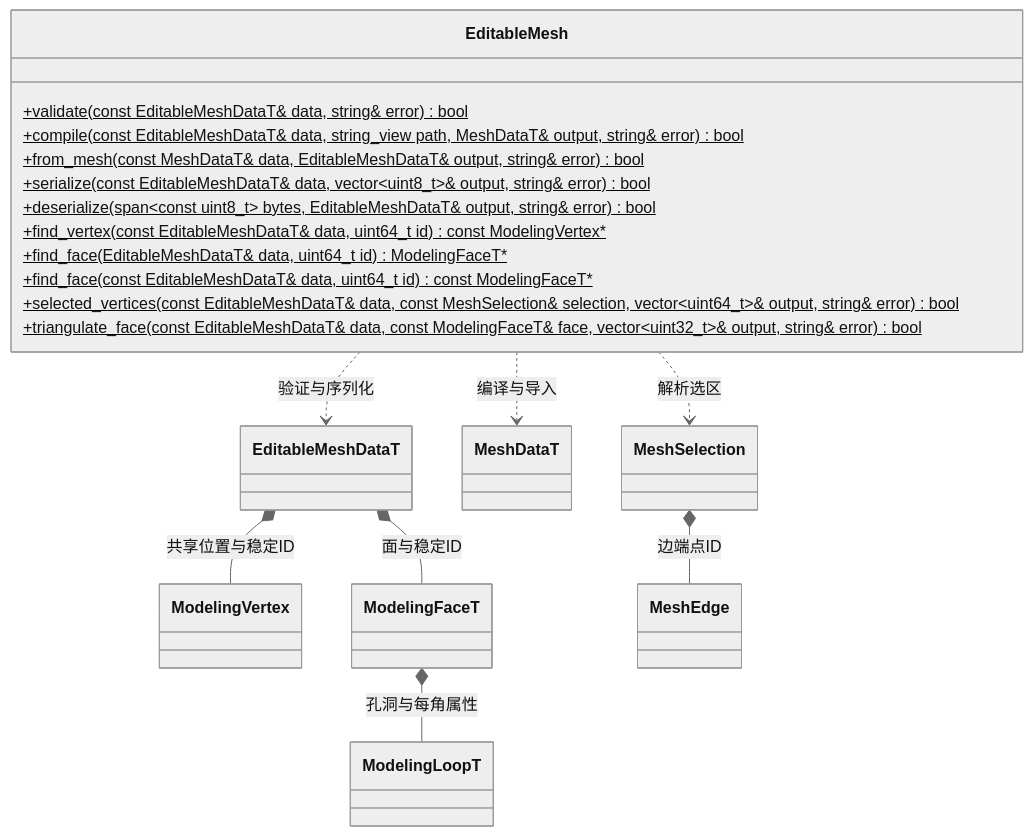
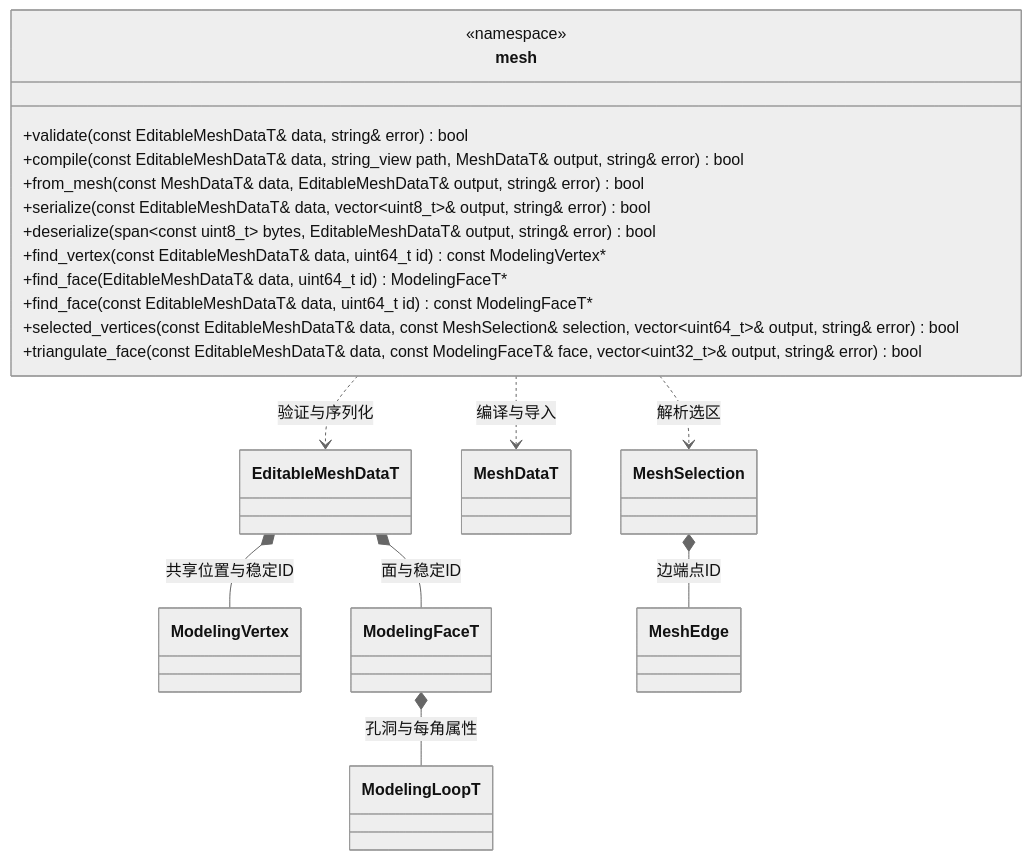
One commit to lcals/Engine changed the diagram in docs/plugins/editor/class-diagrams/editable-mesh.md. Above: the diagram before and after it, drawn with Mermaid (neutral theme). The commit also changed other lines of this file and 133 other files, not shown here.

Commit message:
Simplify engine implementations under reviewed class diagrams

````diff
--- a/docs/plugins/editor/class-diagrams/editable-mesh.md
+++ b/docs/plugins/editor/class-diagrams/editable-mesh.md
@@ -7,29 +9,30 @@
 ```mermaid
 classDiagram
-    class EditableMesh {
-        +validate(const EditableMeshDataT& data, string& error) bool$
-        +compile(const EditableMeshDataT& data, string_view path, MeshDataT& output, string& error) bool$
-        +from_mesh(const MeshDataT& data, EditableMeshDataT& output, string& error) bool$
-        +serialize(const EditableMeshDataT& data, vector~uint8_t~& output, string& error) bool$
-        +deserialize(span~const uint8_t~ bytes, EditableMeshDataT& output, string& error) bool$
-        +find_vertex(const EditableMeshDataT& data, uint64_t id) const ModelingVertex*$
-        +find_face(EditableMeshDataT& data, uint64_t id) ModelingFaceT*$
-        +find_face(const EditableMeshDataT& data, uint64_t id) const ModelingFaceT*$
-        +selected_vertices(const EditableMeshDataT& data, const MeshSelection& selection, vector~uint64_t~& output, string& error) bool$
-        +triangulate_face(const EditableMeshDataT& data, const ModelingFaceT& face, vector~uint32_t~& output, string& error) bool$
+    class mesh {
+        <<namespace>>
+        +validate(const EditableMeshDataT& data, string& error) bool
+        +compile(const EditableMeshDataT& data, string_view path, MeshDataT& output, string& error) bool
+        +from_mesh(const MeshDataT& data, EditableMeshDataT& output, string& error) bool
+        +serialize(const EditableMeshDataT& data, vector~uint8_t~& output, string& error) bool
+        +deserialize(span~const uint8_t~ bytes, EditableMeshDataT& output, string& error) bool
+        +find_vertex(const EditableMeshDataT& data, uint64_t id) const ModelingVertex#42;
+        +find_face(EditableMeshDataT& data, uint64_t id) ModelingFaceT#42;
+        +find_face(const EditableMeshDataT& data, uint64_t id) const ModelingFaceT#42;
+        +selected_vertices(const EditableMeshDataT& data, const MeshSelection& selection, vector~uint64_t~& output, string& error) bool
+        +triangulate_face(const EditableMeshDataT& data, const ModelingFaceT& face, vector~uint32_t~& output, string& error) bool
     }
     class EditableMeshDataT
     class ModelingVertex
     class ModelingFaceT
     class ModelingLoopT
     class MeshDataT
     class MeshSelection
     class MeshEdge
     EditableMeshDataT *-- ModelingVertex : 共享位置与稳定ID
     EditableMeshDataT *-- ModelingFaceT : 面与稳定ID
     ModelingFaceT *-- ModelingLoopT : 孔洞与每角属性
     MeshSelection *-- MeshEdge : 边端点ID
-    EditableMesh ..> EditableMeshDataT : 验证与序列化
-    EditableMesh ..> MeshDataT : 编译与导入
-    EditableMesh ..> MeshSelection : 解析选区
+    mesh ..> EditableMeshDataT : 验证与序列化
+    mesh ..> MeshDataT : 编译与导入
+    mesh ..> MeshSelection : 解析选区
 ```
````
